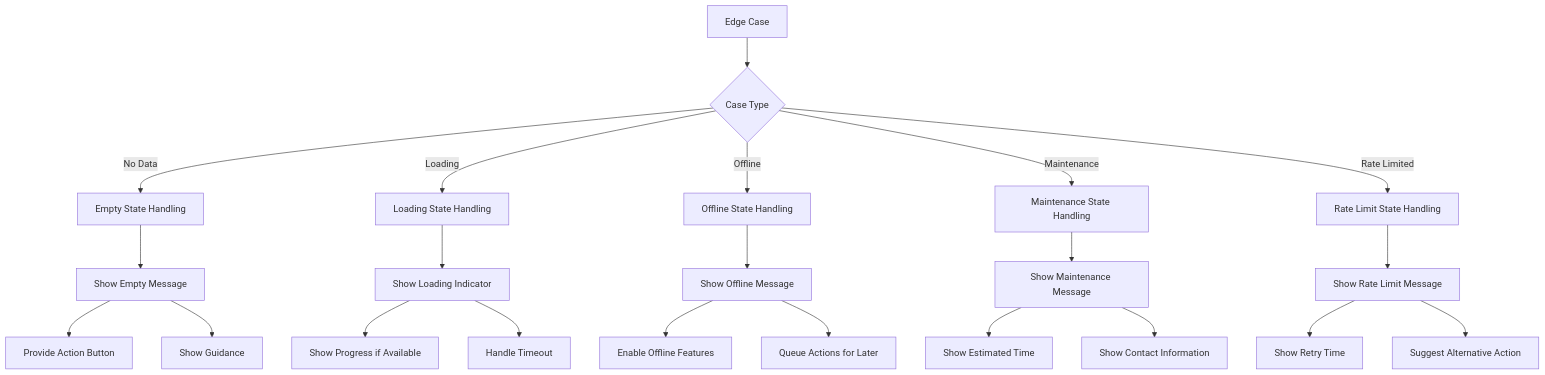
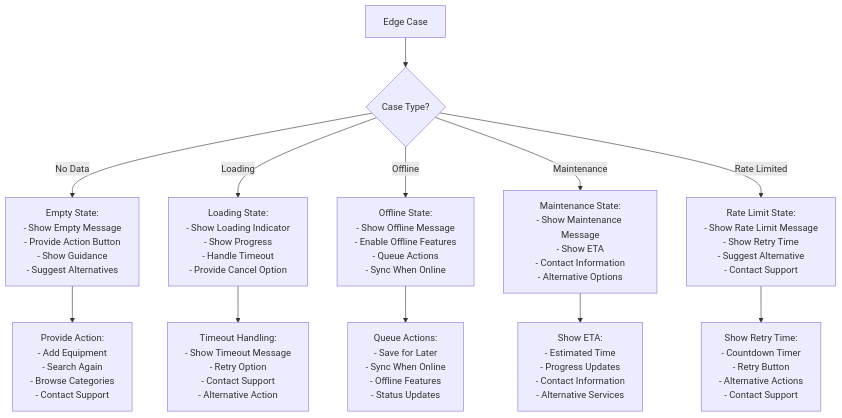
Before and after one commit to engaotb/YARDR: diagram 20 of 20 in 04_User_Experience_Flows.md, drawn with Mermaid. The commit also changed other lines of this file, not shown here.

First line of the commit message:
Complete redesign of User Experience Flows

````diff
--- a/04_User_Experience_Flows.md
+++ b/04_User_Experience_Flows.md
@@ -856,30 +556,24 @@
 ```mermaid
 flowchart TD
-    EdgeCase[Edge Case] --> CaseType{Case Type}
+    EdgeCase[Edge Case] --> CaseType{Case Type?}
     
-    CaseType -->|No Data| EmptyState[Empty State Handling]
-    CaseType -->|Loading| LoadingState[Loading State Handling]
-    CaseType -->|Offline| OfflineState[Offline State Handling]
-    CaseType -->|Maintenance| MaintenanceState[Maintenance State Handling]
-    CaseType -->|Rate Limited| RateLimitState[Rate Limit State Handling]
+    CaseType -->|No Data| EmptyState[Empty State:<br/>- Show Empty Message<br/>- Provide Action Button<br/>- Show Guidance<br/>- Suggest Alternatives]
     
-    EmptyState --> ShowEmptyMessage[Show Empty Message]
-    ShowEmptyMessage --> ProvideAction[Provide Action Button]
-    ShowEmptyMessage --> ShowGuidance[Show Guidance]
+    CaseType -->|Loading| LoadingState[Loading State:<br/>- Show Loading Indicator<br/>- Show Progress<br/>- Handle Timeout<br/>- Provide Cancel Option]
     
-    LoadingState --> ShowLoader[Show Loading Indicator]
-    ShowLoader --> ShowProgress[Show Progress if Available]
-    ShowLoader --> TimeoutHandling[Handle Timeout]
+    CaseType -->|Offline| OfflineState[Offline State:<br/>- Show Offline Message<br/>- Enable Offline Features<br/>- Queue Actions<br/>- Sync When Online]
     
-    OfflineState --> ShowOfflineMessage[Show Offline Message]
-    ShowOfflineMessage --> EnableOfflineFeatures[Enable Offline Features]
-    ShowOfflineMessage --> QueueActions[Queue Actions for Later]
+    CaseType -->|Maintenance| MaintenanceState[Maintenance State:<br/>- Show Maintenance Message<br/>- Show ETA<br/>- Contact Information<br/>- Alternative Options]
     
-    MaintenanceState --> ShowMaintenanceMessage[Show Maintenance Message]
-    ShowMaintenanceMessage --> ShowETA[Show Estimated Time]
-    ShowMaintenanceMessage --> ContactInfo[Show Contact Information]
+    CaseType -->|Rate Limited| RateLimitState[Rate Limit State:<br/>- Show Rate Limit Message<br/>- Show Retry Time<br/>- Suggest Alternative<br/>- Contact Support]
     
-    RateLimitState --> ShowRateLimitMessage[Show Rate Limit Message]
-    ShowRateLimitMessage --> ShowRetryTime[Show Retry Time]
-    ShowRateLimitMessage --> SuggestAlternative[Suggest Alternative Action]
+    EmptyState --> ProvideAction[Provide Action:<br/>- Add Equipment<br/>- Search Again<br/>- Browse Categories<br/>- Contact Support]
+    
+    LoadingState --> TimeoutHandling[Timeout Handling:<br/>- Show Timeout Message<br/>- Retry Option<br/>- Contact Support<br/>- Alternative Action]
+    
+    OfflineState --> QueueActions[Queue Actions:<br/>- Save for Later<br/>- Sync When Online<br/>- Offline Features<br/>- Status Updates]
+    
+    MaintenanceState --> ShowETA[Show ETA:<br/>- Estimated Time<br/>- Progress Updates<br/>- Contact Information<br/>- Alternative Services]
+    
+    RateLimitState --> ShowRetryTime[Show Retry Time:<br/>- Countdown Timer<br/>- Retry Button<br/>- Alternative Actions<br/>- Contact Support]
 ```
````
